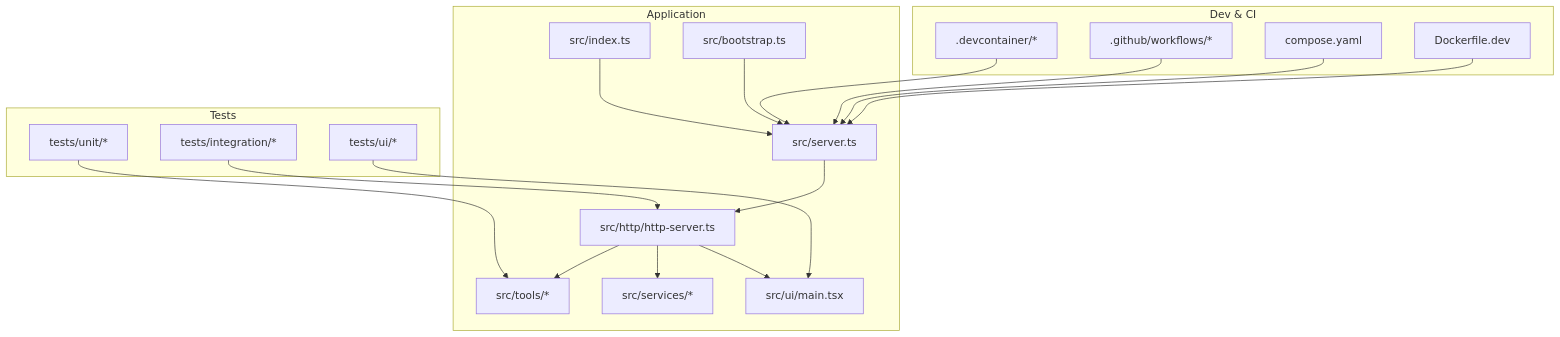
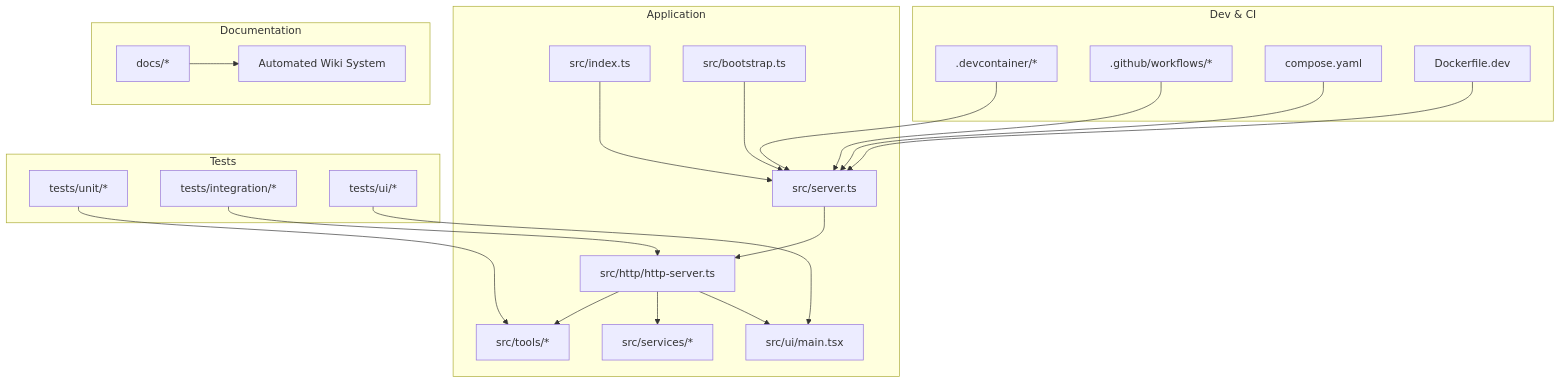
One commit to debian777/kairos-mcp changed the first of 3 diagrams in .qoder/repowiki/en/content/Contributing and Development.md. Above: the diagram before and after it, drawn with Mermaid. The commit also changed other lines of this file and 56 other files, not shown here.

````diff
--- a/.qoder/repowiki/en/content/Contributing and Development.md
+++ b/.qoder/repowiki/en/content/Contributing and Development.md
@@ -74,36 +83,41 @@
 ```mermaid
 graph TB
 subgraph "Application"
 A["src/server.ts"]
 B["src/index.ts"]
 C["src/bootstrap.ts"]
 D["src/http/http-server.ts"]
 E["src/tools/*"]
 F["src/services/*"]
 G["src/ui/main.tsx"]
 end
 subgraph "Dev & CI"
 H[".devcontainer/*"]
 I[".github/workflows/*"]
 J["compose.yaml"]
 K["Dockerfile.dev"]
 end
 subgraph "Tests"
 L["tests/unit/*"]
 M["tests/integration/*"]
 N["tests/ui/*"]
 end
+subgraph "Documentation"
+O["docs/*"]
+P["Automated Wiki System"]
+end
 A --> D
 B --> A
 C --> A
 D --> E
 D --> F
 D --> G
 L --> E
 M --> D
 N --> G
 H --> A
 I --> A
 J --> A
 K --> A
+O --> P
 ```
````
